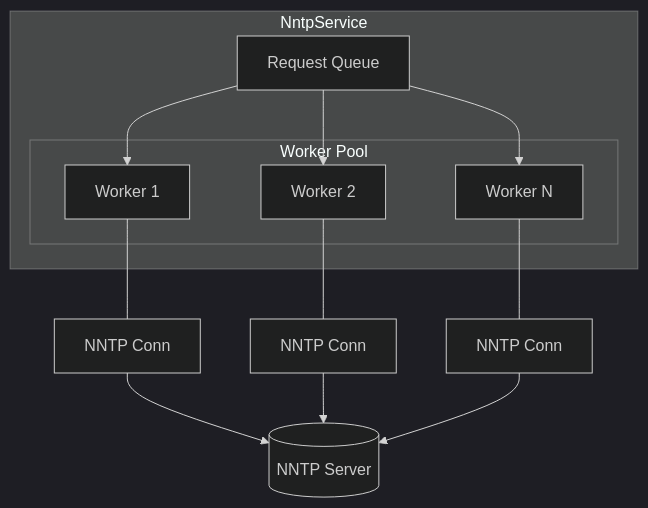
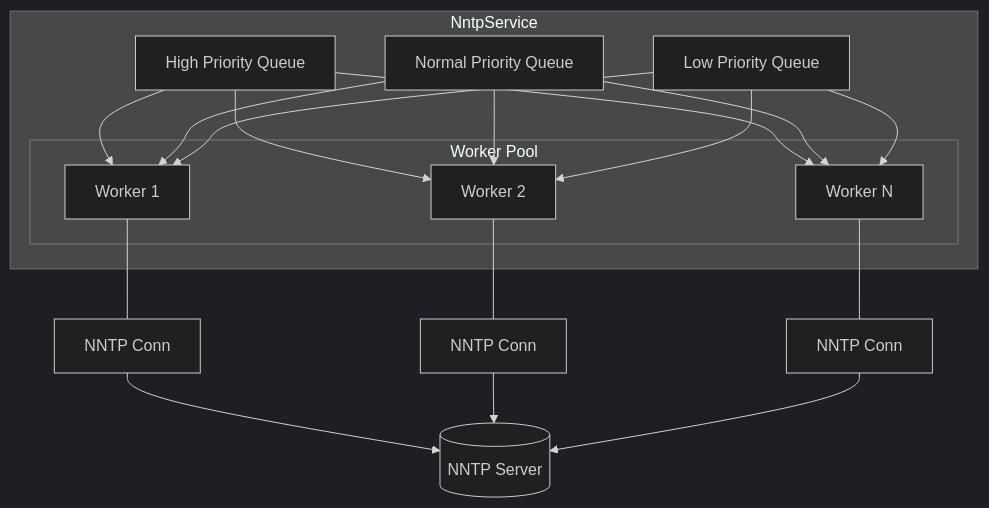
The third of 3 diagrams in docs/architecture.md (forever-august/september), drawn with Mermaid (dark theme) before and after one commit. The commit also changed other lines of this file and 7 other files, not shown here.

First line of the commit message:
feat: add priority-based request scheduling for NNTP operations

````diff
--- a/docs/architecture.md
+++ b/docs/architecture.md
@@ -55,31 +55,39 @@
 ```mermaid
 graph TB
     subgraph Service["NntpService"]
-        Queue[Request Queue]
+        HQ[High Priority Queue]
+        NQ[Normal Priority Queue]
+        LQ[Low Priority Queue]
         subgraph Workers["Worker Pool"]
             W1[Worker 1]
             W2[Worker 2]
             WN[Worker N]
         end
     end
 
     subgraph Workers["Worker Pool"]
         W1[Worker 1]
         W2[Worker 2]
         WN[Worker N]
     end
 
     W1 --- C1[NNTP Conn]
     W2 --- C2[NNTP Conn]
     WN --- CN[NNTP Conn]
 
     NNTP[(NNTP Server)]
 
-    Queue --> W1
-    Queue --> W2
-    Queue --> WN
+    HQ --> W1
+    HQ --> W2
+    HQ --> WN
+    NQ --> W1
+    NQ --> W2
+    NQ --> WN
+    LQ --> W1
+    LQ --> W2
+    LQ --> WN
 
     C1 --> NNTP
     C2 --> NNTP
     CN --> NNTP
 ```
````
